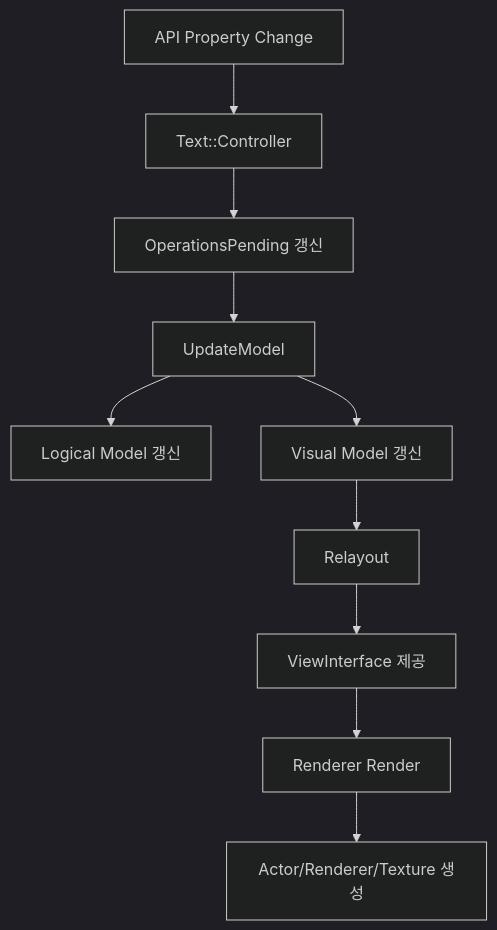
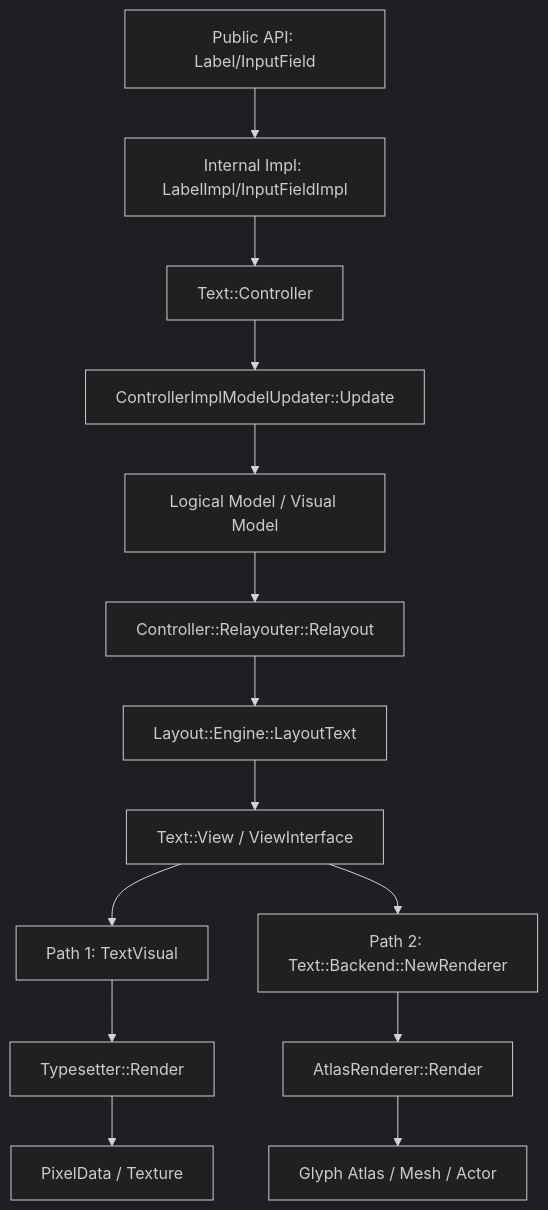
The diagram in docs/text-visualizer/01-current-text-pipeline.ko.md (dalihub/dali-ui), drawn with Mermaid (dark theme) before and after one commit. The commit also changed other lines of this file and 57 other files, not shown here.

````diff
--- a/docs/text-visualizer/01-current-text-pipeline.ko.md
+++ b/docs/text-visualizer/01-current-text-pipeline.ko.md
@@ -46,12 +392,18 @@
 ```mermaid
 flowchart TD
-  A[API Property Change] --> B[Text::Controller]
-  B --> C[OperationsPending 갱신]
-  C --> D[UpdateModel]
-  D --> E[Logical Model 갱신]
-  D --> F[Visual Model 갱신]
-  F --> G[Relayout]
-  G --> H[ViewInterface 제공]
-  H --> I[Renderer Render]
-  I --> J[Actor/Renderer/Texture 생성]
+  A[Public API: Label/InputField] --> B[Internal Impl: LabelImpl/InputFieldImpl]
+  B --> C[Text::Controller]
+  C --> D[ControllerImplModelUpdater::Update]
+  D --> E[Logical Model / Visual Model]
+  E --> F[Controller::Relayouter::Relayout]
+  F --> G[Layout::Engine::LayoutText]
+  G --> H[Text::View / ViewInterface]
+
+  H --> I[Path 1: TextVisual]
+  I --> J[Typesetter::Render]
+  J --> K[PixelData / Texture]
+
+  H --> L[Path 2: Text::Backend::NewRenderer]
+  L --> M[AtlasRenderer::Render]
+  M --> N[Glyph Atlas / Mesh / Actor]
 ```
````
